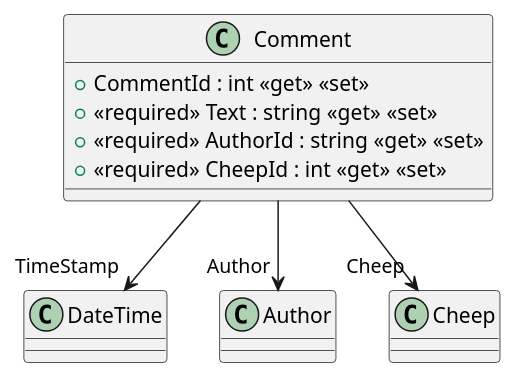
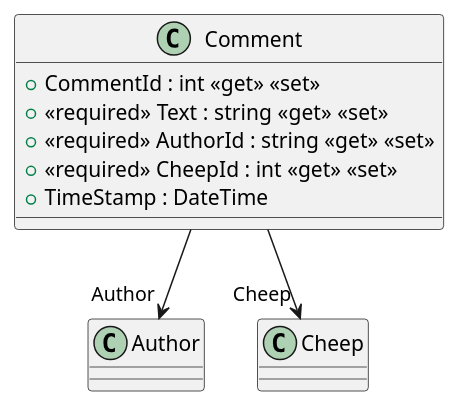
The diagram in docs/diagrams/src/Chirp.Core/Classes/Comment.puml (ITU-BDSA2024-GROUP9/Chirp), drawn with PlantUML before and after one commit. The commit also changed 4 other files, not shown here.

Commit message:
created domain only diagram

```diff
--- a/docs/diagrams/src/Chirp.Core/Classes/Comment.puml
+++ b/docs/diagrams/src/Chirp.Core/Classes/Comment.puml
@@ -1,11 +1,11 @@
 @startuml
 class Comment {
     + CommentId : int <<get>> <<set>>
     + <<required>> Text : string <<get>> <<set>>
     + <<required>> AuthorId : string <<get>> <<set>>
     + <<required>> CheepId : int <<get>> <<set>>
+    + TimeStamp : DateTime
 }
-Comment --> "TimeStamp" DateTime
 Comment --> "Author" Author
 Comment --> "Cheep" Cheep
 @enduml
```
